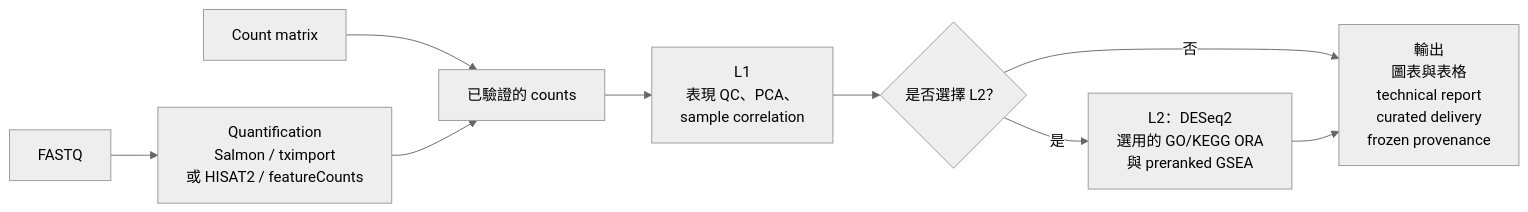
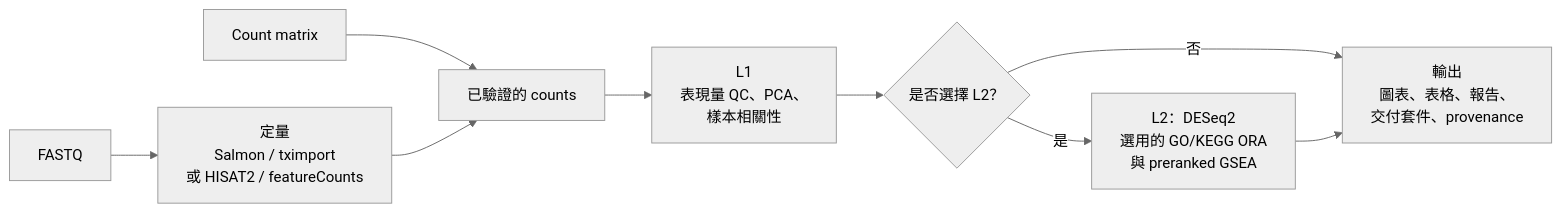
The diagram in README_zh-TW.md (2002brian/nf-rna), drawn with Mermaid (neutral theme) before and after one commit. The commit also changed other lines of this file and 13 other files, not shown here.

````diff
--- a/README_zh-TW.md
+++ b/README_zh-TW.md
@@ -19,11 +13,11 @@
 ```mermaid
 flowchart LR
-    A[FASTQ] --> B["Quantification<br/>Salmon / tximport<br/>或 HISAT2 / featureCounts"]
+    A[FASTQ] --> B["定量<br/>Salmon / tximport<br/>或 HISAT2 / featureCounts"]
     C[Count matrix] --> D[已驗證的 counts]
     B --> D
-    D --> E["L1<br/>表現 QC、PCA、<br/>sample correlation"]
+    D --> E["L1<br/>表現量 QC、PCA、<br/>樣本相關性"]
     E --> F{是否選擇 L2？}
     F -- 是 --> G["L2：DESeq2<br/>選用的 GO/KEGG ORA<br/>與 preranked GSEA"]
-    F -- 否 --> H["輸出<br/>圖表與表格<br/>technical report<br/>curated delivery<br/>frozen provenance"]
+    F -- 否 --> H["輸出<br/>圖表、表格、報告、<br/>交付套件、provenance"]
     G --> H
 ```
````
